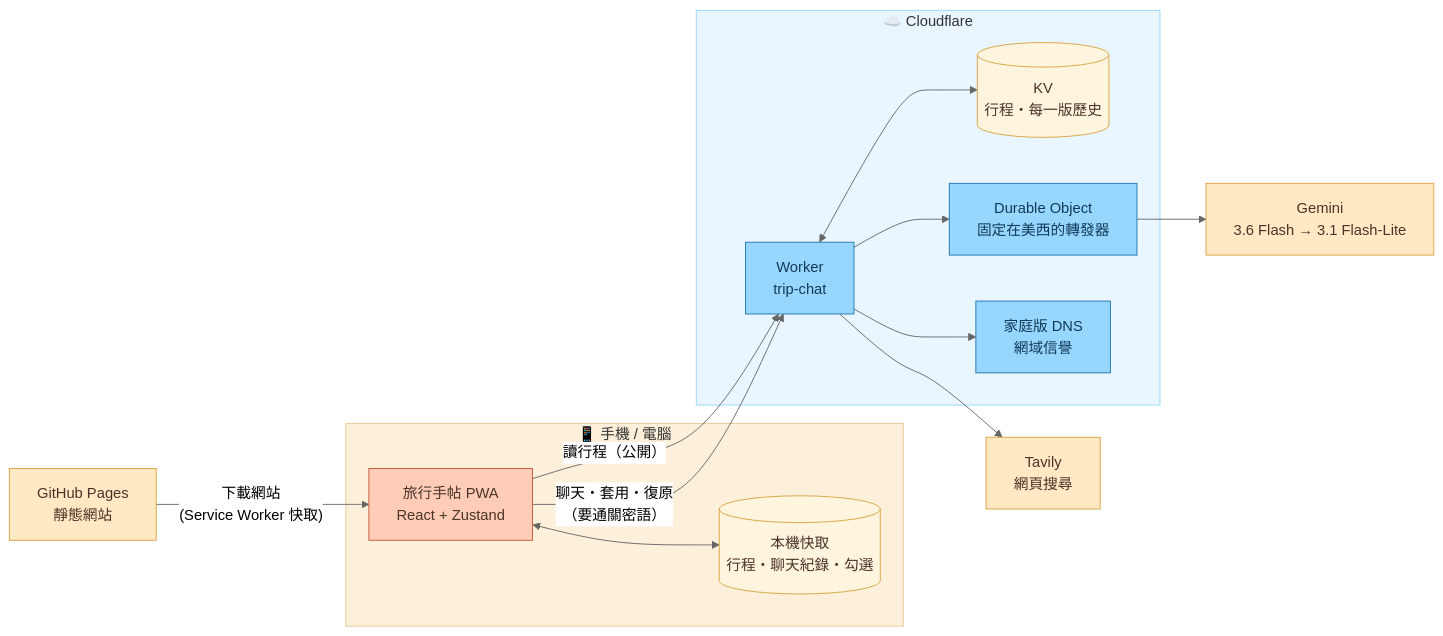
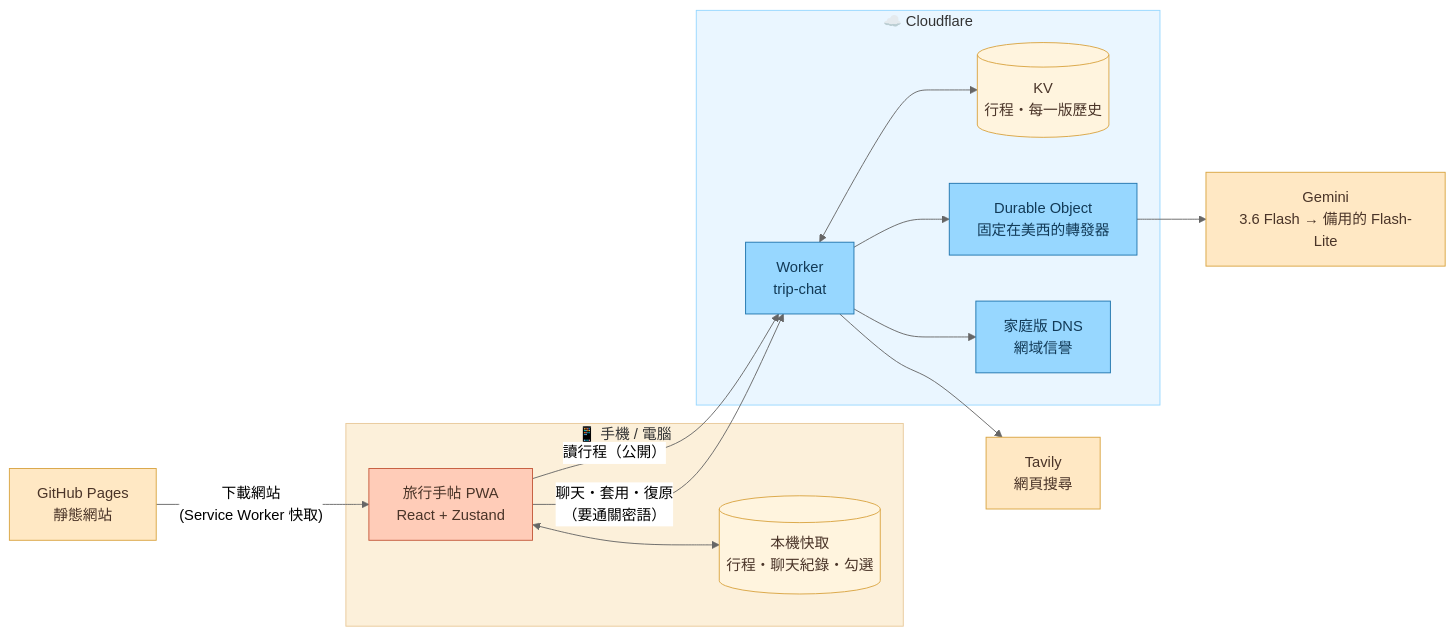
One commit to henry190927/trip-planner changed the first of 4 diagrams in README.md. Above: the diagram before and after it, drawn with Mermaid (neutral theme). The commit also changed other lines of this file and 5 other files, not shown here.

````diff
--- a/README.md
+++ b/README.md
@@ -11,40 +11,40 @@
 ```mermaid
 flowchart LR
   subgraph phone["📱 手機 / 電腦"]
     app["旅行手帖 PWA<br/>React + Zustand"]
     cache[("本機快取<br/>行程・聊天紀錄・勾選")]
     app <--> cache
   end
 
   pages["GitHub Pages<br/>靜態網站"]
   pages -- "下載網站<br/>(Service Worker 快取)" --> app
 
   subgraph cf["☁️ Cloudflare"]
     worker["Worker<br/>trip-chat"]
     kv[("KV<br/>行程・每一版歷史")]
     relay["Durable Object<br/>固定在美西的轉發器"]
     dns["家庭版 DNS<br/>網域信譽"]
     worker <--> kv
     worker --> relay
     worker --> dns
   end
 
-  gemini["Gemini<br/>3.6 Flash → 3.1 Flash-Lite"]
+  gemini["Gemini<br/>3.6 Flash → 備用的 Flash-Lite"]
   tavily["Tavily<br/>網頁搜尋"]
 
   app -- "讀行程（公開）" --> worker
   app -- "聊天・套用・復原<br/>（要通關密語）" --> worker
   relay --> gemini
   worker --> tavily
 
   classDef client fill:#FFCCB8,stroke:#c4583a,color:#4a3428
   classDef edge fill:#97D7FF,stroke:#1f74ad,color:#123a57
   classDef store fill:#FFF4DE,stroke:#d9a441,color:#4a3428
   classDef ext fill:#FFE8C4,stroke:#d9a441,color:#4a3428
   class app client
   class worker,relay,dns edge
   class kv,cache store
   class pages,gemini,tavily ext
   style phone fill:#FCF0DA,stroke:#e8c99a
   style cf fill:#eaf6ff,stroke:#97D7FF
 ```
````
